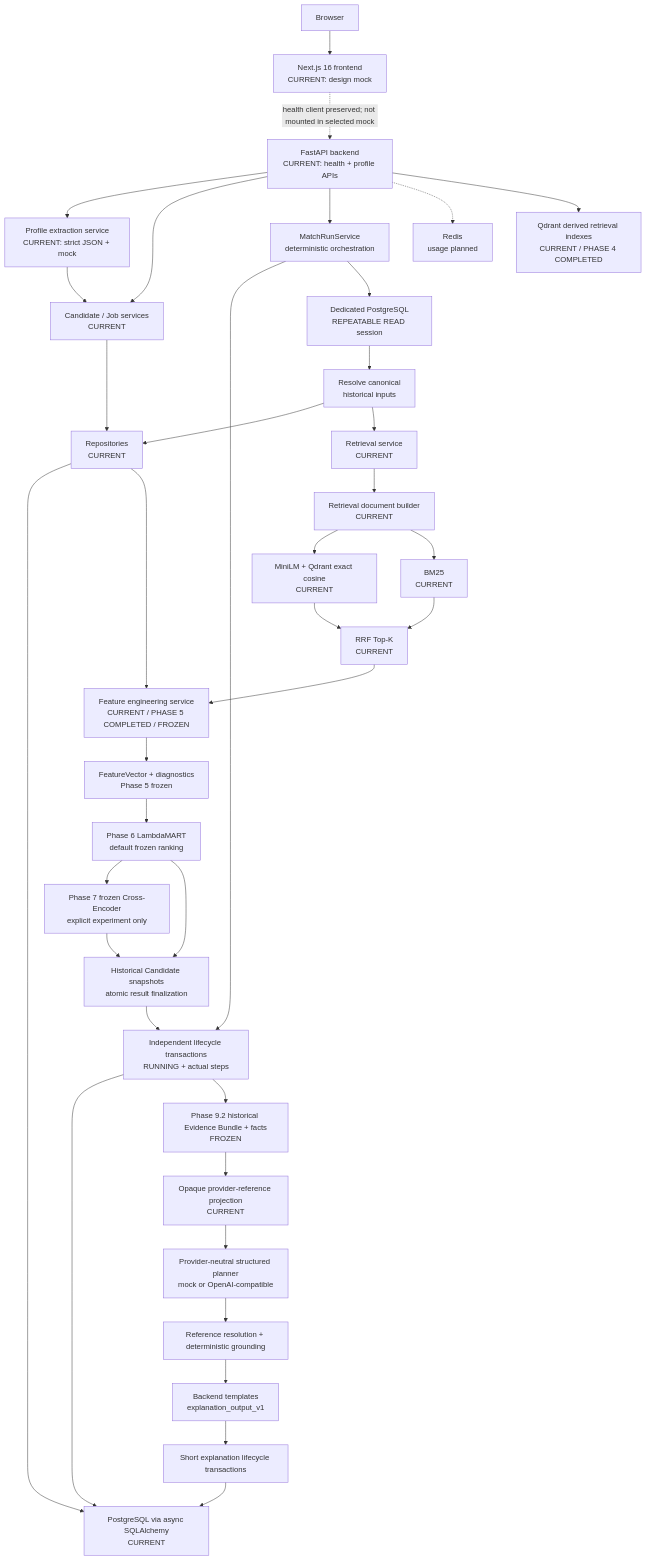
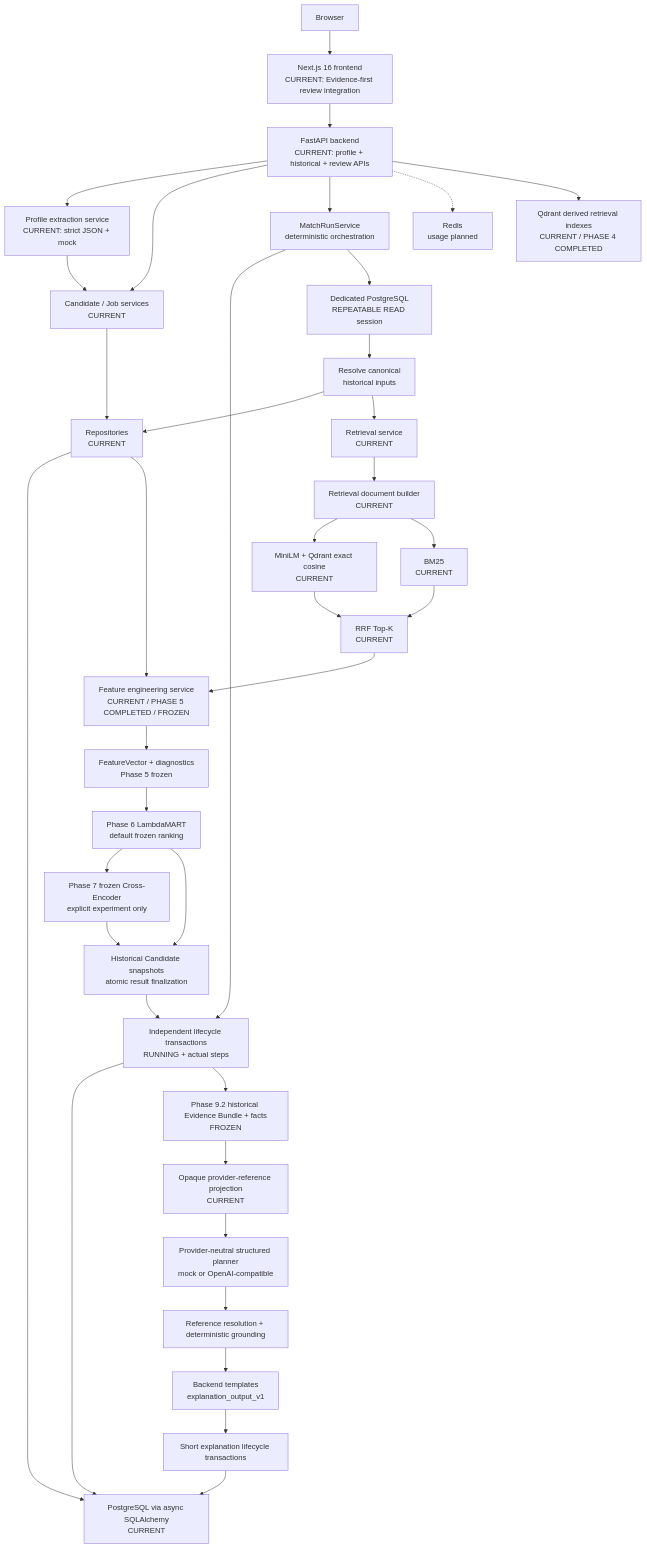
Before and after one commit to rM0on/peoplematch-agent: the first of 2 diagrams in docs/architecture.md, drawn with Mermaid. The commit also changed other lines of this file and 38 other files, not shown here.

````diff
--- a/docs/architecture.md
+++ b/docs/architecture.md
@@ -26,39 +26,39 @@
 ```mermaid
 flowchart TD
-    Browser["Browser"] --> Next["Next.js 16 frontend\nCURRENT: design mock"]
-    Next -. "health client preserved; not mounted in selected mock" .-> FastAPI["FastAPI backend\nCURRENT: health + profile APIs"]
+    Browser["Browser"] --> Next["Next.js 16 frontend\nCURRENT: Evidence-first review integration"]
+    Next --> FastAPI["FastAPI backend\nCURRENT: profile + historical + review APIs"]
     FastAPI --> Extraction["Profile extraction service\nCURRENT: strict JSON + mock"]
     Extraction --> Service["Candidate / Job services\nCURRENT"]
     FastAPI --> Service
     Service --> Repository["Repositories\nCURRENT"]
     Repository --> PG["PostgreSQL via async SQLAlchemy\nCURRENT"]
     FastAPI --> MatchRun["MatchRunService\ndeterministic orchestration"]
     MatchRun --> Lifecycle["Independent lifecycle transactions\nRUNNING + actual steps"]
     Lifecycle --> PG
     MatchRun --> Execution["Dedicated PostgreSQL\nREPEATABLE READ session"]
     Execution --> Inputs["Resolve canonical\nhistorical inputs"]
     Inputs --> Repository
     Inputs --> RetrievalService["Retrieval service\nCURRENT"]
     RetrievalService --> Retrieval["Retrieval document builder\nCURRENT"]
     Retrieval --> Dense["MiniLM + Qdrant exact cosine\nCURRENT"]
     Retrieval --> Sparse["BM25\nCURRENT"]
     Dense --> Fusion["RRF Top-K\nCURRENT"]
     Sparse --> Fusion
 Fusion --> FeatureService["Feature engineering service\nCURRENT / PHASE 5 COMPLETED / FROZEN"]
     Repository --> FeatureService
     FeatureService --> FeatureContract["FeatureVector + diagnostics\nPhase 5 frozen"]
     FeatureContract --> Ranker["Phase 6 LambdaMART\ndefault frozen ranking"]
     Ranker --> CrossEncoder["Phase 7 frozen Cross-Encoder\nexplicit experiment only"]
     Ranker --> Finalize["Historical Candidate snapshots\natomic result finalization"]
     CrossEncoder --> Finalize
     Finalize --> Lifecycle
     Lifecycle --> Evidence["Phase 9.2 historical Evidence Bundle + facts\nFROZEN"]
     Evidence --> Projection["Opaque provider-reference projection\nCURRENT"]
     Projection --> Planner["Provider-neutral structured planner\nmock or OpenAI-compatible"]
     Planner --> Grounding["Reference resolution + deterministic grounding"]
     Grounding --> Templates["Backend templates\nexplanation_output_v1"]
     Templates --> ExplanationLifecycle["Short explanation lifecycle transactions"]
     ExplanationLifecycle --> PG
     FastAPI -.-> Redis["Redis\nusage planned"]
     FastAPI --> Qdrant["Qdrant derived retrieval indexes\nCURRENT / PHASE 4 COMPLETED"]
 ```
````
